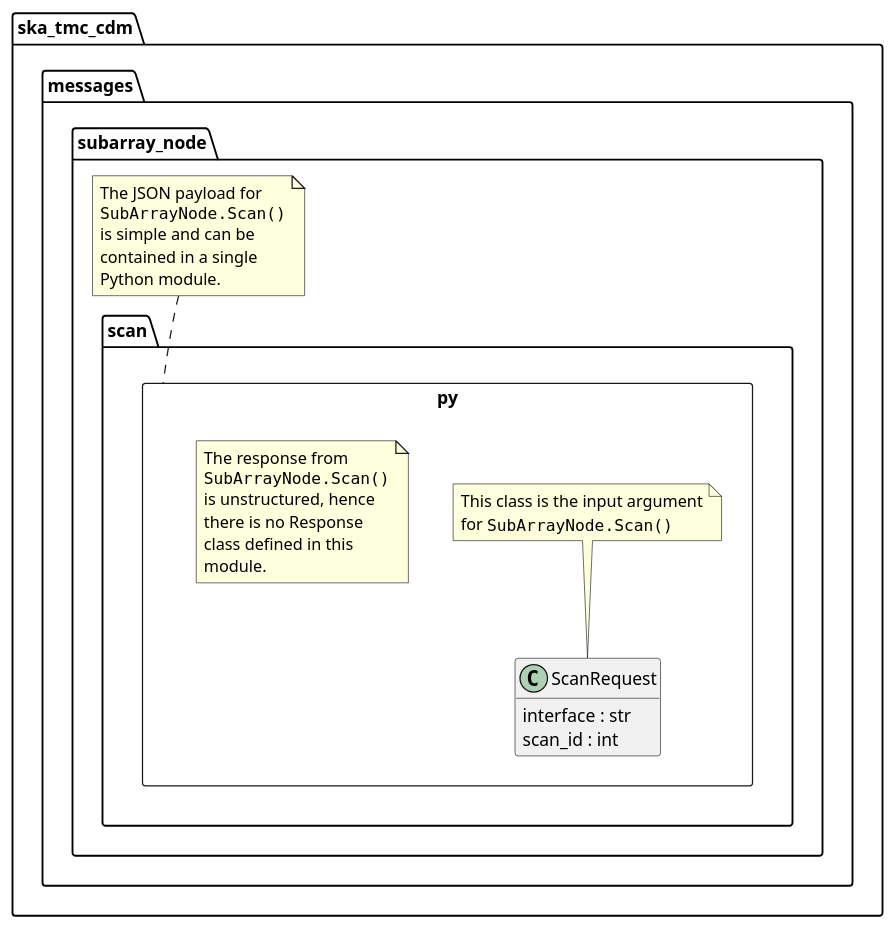
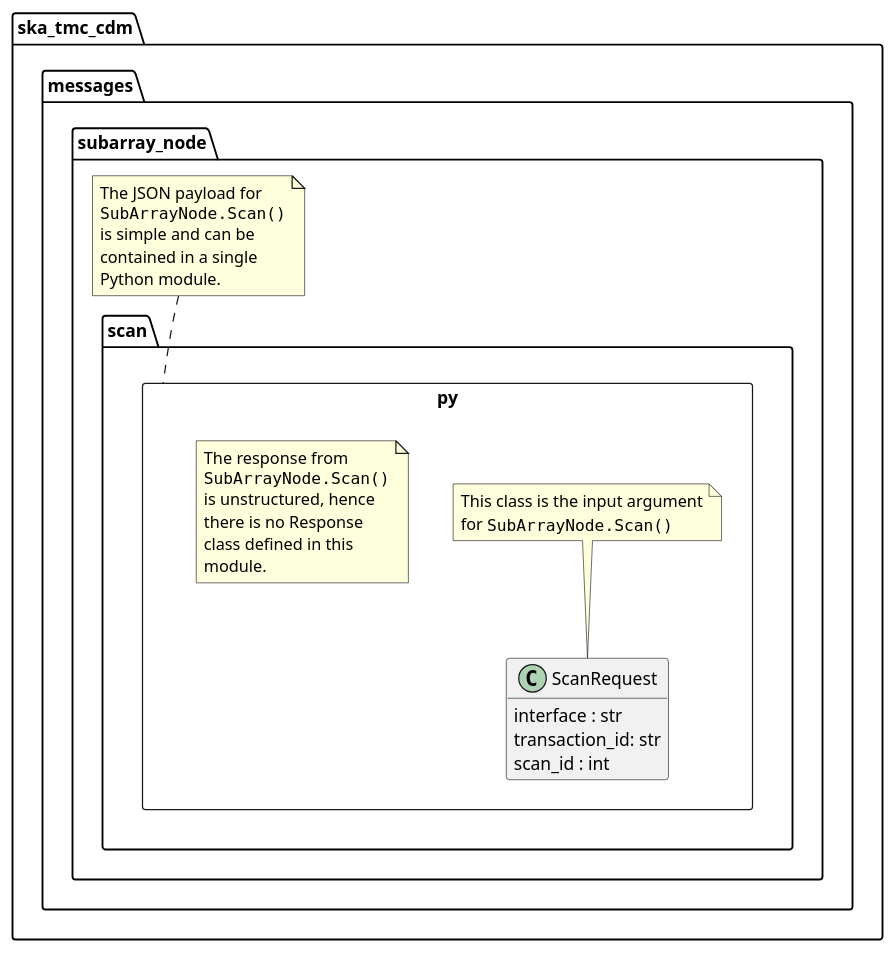
One commit to ska-telescope/cdm-shared-library changed the diagram in docs/src/developer/subarraynode/scan.puml. Above: the diagram before and after it, drawn with PlantUML. The commit also changed 5 other files, not shown here.

```diff
--- a/docs/src/developer/subarraynode/scan.puml
+++ b/docs/src/developer/subarraynode/scan.puml
@@ -1,34 +1,35 @@
 @startuml
 hide empty members
 
 package ska_tmc_cdm.messages.subarray_node {
 	package scan.py <<Rectangle>> {
 		class ScanRequest {
 			interface : str
-      scan_id : int
+			transaction_id: str
+            scan_id : int
 	  	}
 		note top of ScanRequest
 			This class is the input argument
 			for ""SubArrayNode.Scan()""
 		end note
 
 		note as N1
 			The response from
 			""SubArrayNode.Scan()""
 			is unstructured, hence
 			there is no Response
 			class defined in this
 			module.
 		end note
 
 	}
 	note top of scan.py
 		The JSON payload for
 		""SubArrayNode.Scan()""
 		is simple and can be
 		contained in a single
 		Python module.
 	end note
 }
 
 @enduml
```
